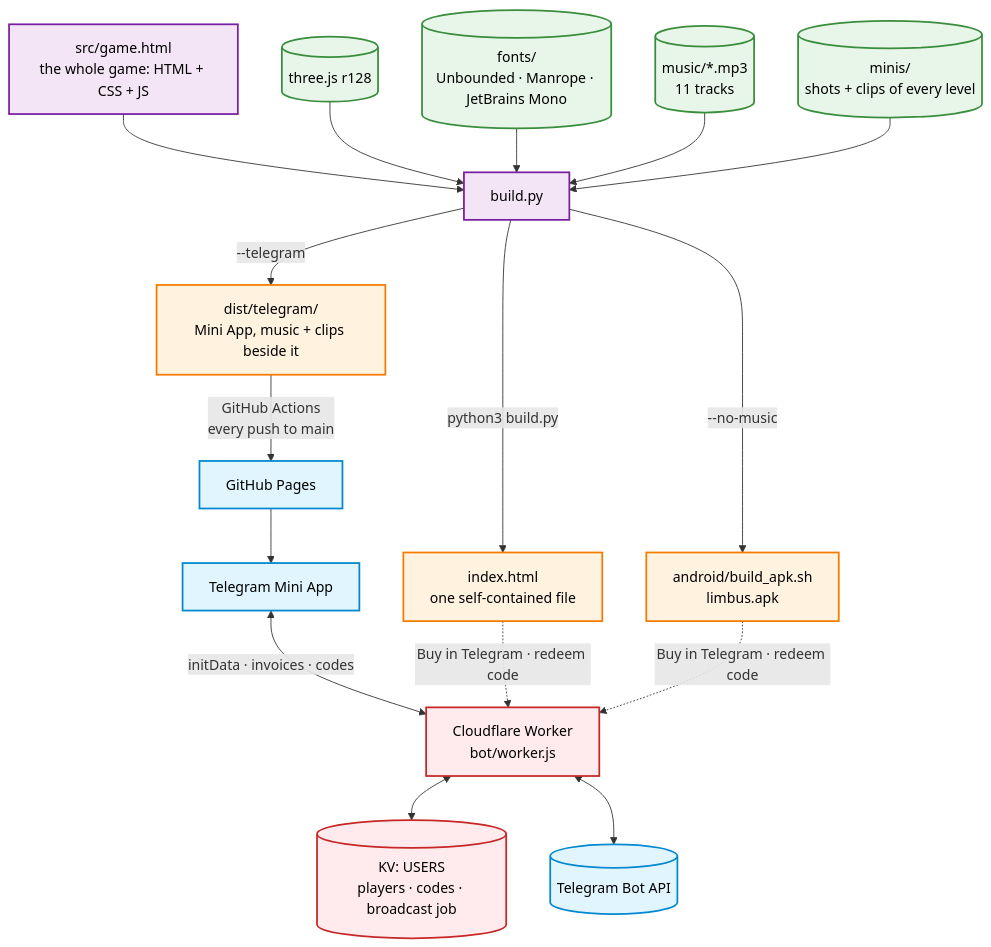
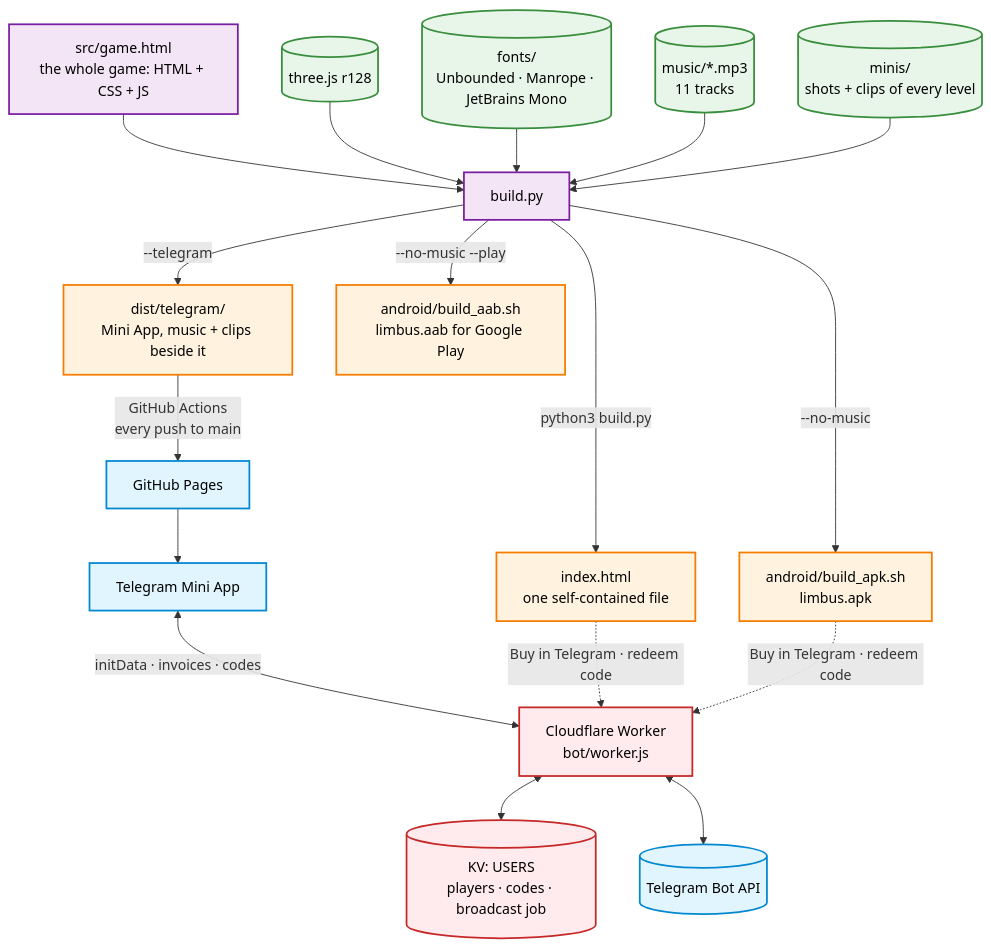
The first of 6 diagrams in README.md (alexandercbgm/limbus), drawn with Mermaid before and after one commit. The commit also changed other lines of this file and 20 other files, not shown here.

First line of the commit message:
Google Play: a signed bundle (build_aab.sh) targeting Android 16 under io.github.alexandercbgm.limbus, with no crystal shop; back gestures and bars the Android 13+ way; a privacy policy on Pages; the store listing's texts, graphics and every Console answer in android/GOOGLE_PLAY.md

````diff
--- a/README.md
+++ b/README.md
@@ -21,35 +21,36 @@
 ```mermaid
 graph TD
     SRC[src/game.html<br/>the whole game: HTML + CSS + JS]
     BUILD[build.py]
 
     SRC --> BUILD
     THREE[(three.js r128)] --> BUILD
     FONTS[(fonts/<br/>Unbounded · Manrope · JetBrains Mono)] --> BUILD
     MUSIC[(music/*.mp3<br/>11 tracks)] --> BUILD
     MINIS[(minis/<br/>shots + clips of every level)] --> BUILD
 
     BUILD -- "python3 build.py" --> PAGE[index.html<br/>one self-contained file]
     BUILD -- "--telegram" --> TG[dist/telegram/<br/>Mini App, music + clips beside it]
     BUILD -- "--no-music" --> APK[android/build_apk.sh<br/>limbus.apk]
+    BUILD -- "--no-music --play" --> AAB[android/build_aab.sh<br/>limbus.aab for Google Play]
 
     TG -- "GitHub Actions<br/>every push to main" --> PAGES[GitHub Pages]
     PAGES --> MINI[Telegram Mini App]
     MINI <-- "initData · invoices · codes" --> WORKER[Cloudflare Worker<br/>bot/worker.js]
     WORKER <--> KV[(KV: USERS<br/>players · codes · broadcast job)]
     WORKER <--> BOTAPI[(Telegram Bot API)]
     PAGE -. "Buy in Telegram · redeem code" .-> WORKER
     APK -. "Buy in Telegram · redeem code" .-> WORKER
 
     classDef core fill:#f3e5f5,stroke:#7b1fa2,stroke-width:2px,color:#000;
     classDef asset fill:#e8f5e9,stroke:#388e3c,stroke-width:2px,color:#000;
     classDef target fill:#fff3e0,stroke:#f57c00,stroke-width:2px,color:#000;
     classDef external fill:#e1f5fe,stroke:#0288d1,stroke-width:2px,color:#000;
     classDef server fill:#ffebee,stroke:#c62828,stroke-width:2px,color:#000;
 
     class SRC,BUILD core;
     class THREE,FONTS,MUSIC,MINIS asset;
-    class PAGE,TG,APK target;
+    class PAGE,TG,APK,AAB target;
     class PAGES,MINI,BOTAPI external;
     class WORKER,KV server;
 ```
````
